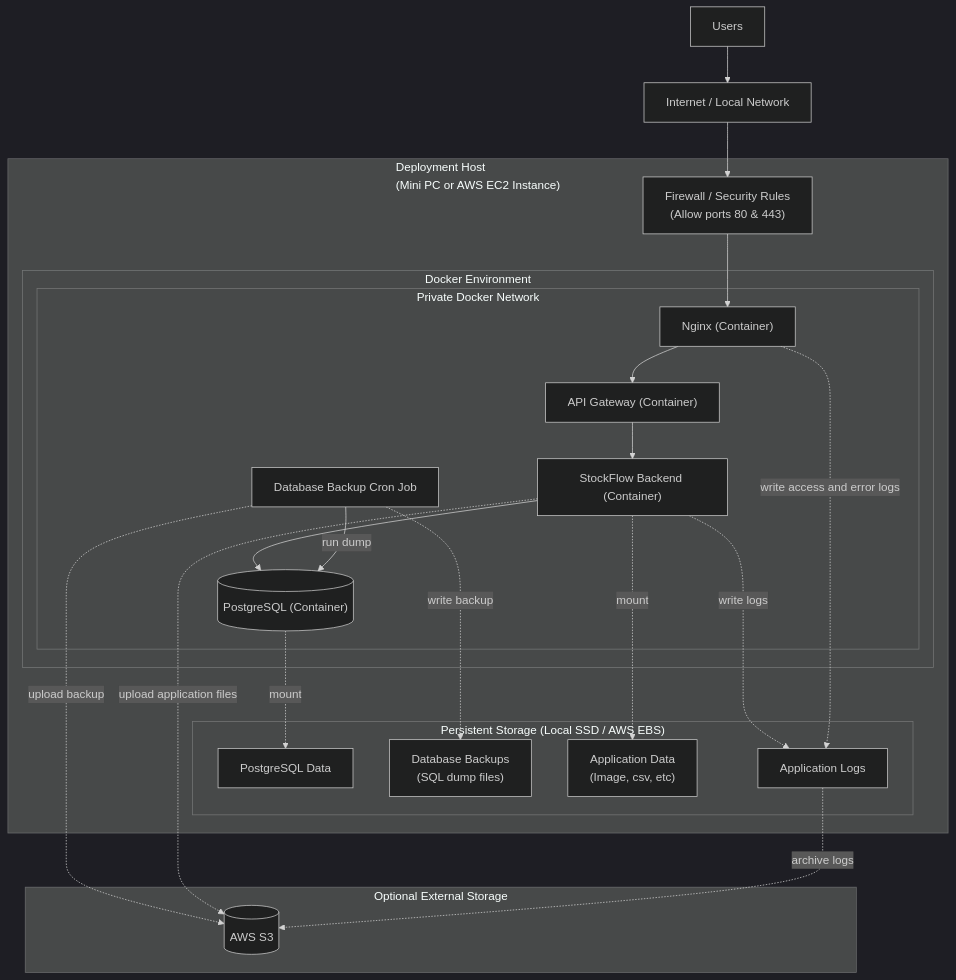
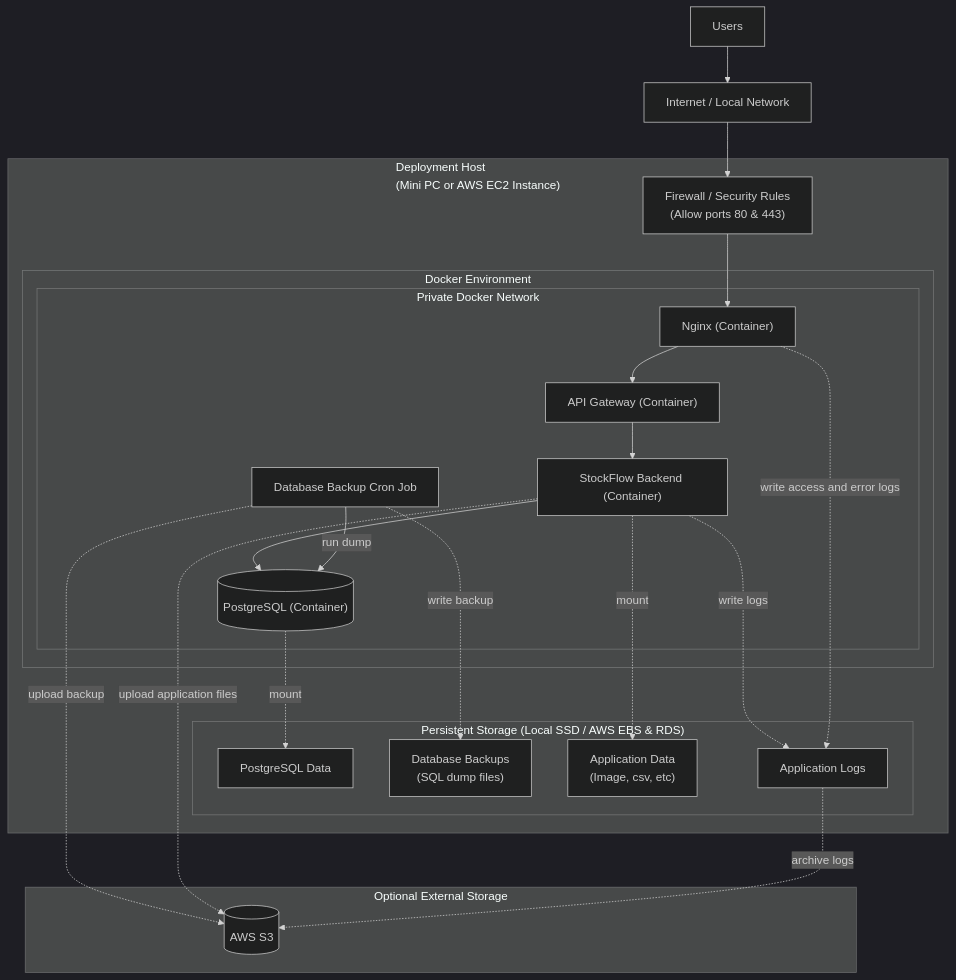
The third of 3 diagrams in architecture/system-architecture.md (va4815/stockflow-docs), drawn with Mermaid (dark theme) before and after one commit. The commit also changed other lines of this file, not shown here.

Commit message:
docs: add architectural layers

````diff
--- a/architecture/system-architecture.md
+++ b/architecture/system-architecture.md
@@ -136,51 +136,51 @@
 ```mermaid
 flowchart TD
     Users["Users"]
     Internet["Internet / Local Network"]
 
     subgraph HostEnv["Deployment Host\n(Mini PC or AWS EC2 Instance)"]
 
         Firewall["Firewall / Security Rules\n(Allow ports 80 & 443)"]
 
         subgraph DockerEnv["Docker Environment"]
             subgraph DockerNetwork["Private Docker Network"]
                 Nginx["Nginx (Container)"]
                 APIGateway["API Gateway (Container)"]
                 StockFlowBackend["StockFlow Backend (Container)"]
                 Database[("PostgreSQL (Container)")]
                 DatabaseBackupJob["Database Backup Cron Job"]
             end
         end
 
-        subgraph PersistentStorage["Persistent Storage (Local SSD / AWS EBS)"]
+        subgraph PersistentStorage["Persistent Storage (Local SSD / AWS EBS & RDS)"]
             PostgreSQLData["PostgreSQL Data"]
             DatabaseBackup["Database Backups\n(SQL dump files)"]
             AppData["Application Data\n(Image, csv, etc)"]
             AppLog["Application Logs"]
         end
         
     end
 
     subgraph ExternalStorage["Optional External Storage"]
         S3[("AWS S3")]
     end
 
     Users --> Internet
     Internet --> Firewall
     Firewall --> Nginx
     Nginx --> APIGateway
     APIGateway --> StockFlowBackend
     StockFlowBackend --> Database
 
     Database -. mount .-> PostgreSQLData
     DatabaseBackupJob -->|run dump| Database
     DatabaseBackupJob -. write backup .-> DatabaseBackup
     
     StockFlowBackend -. mount .-> AppData
     StockFlowBackend -. write logs .-> AppLog
     Nginx -. write access and error logs .-> AppLog
 
     DatabaseBackupJob -. upload backup .-> S3
     StockFlowBackend -. upload application files .-> S3
     AppLog -. archive logs .-> S3
 ```
````
